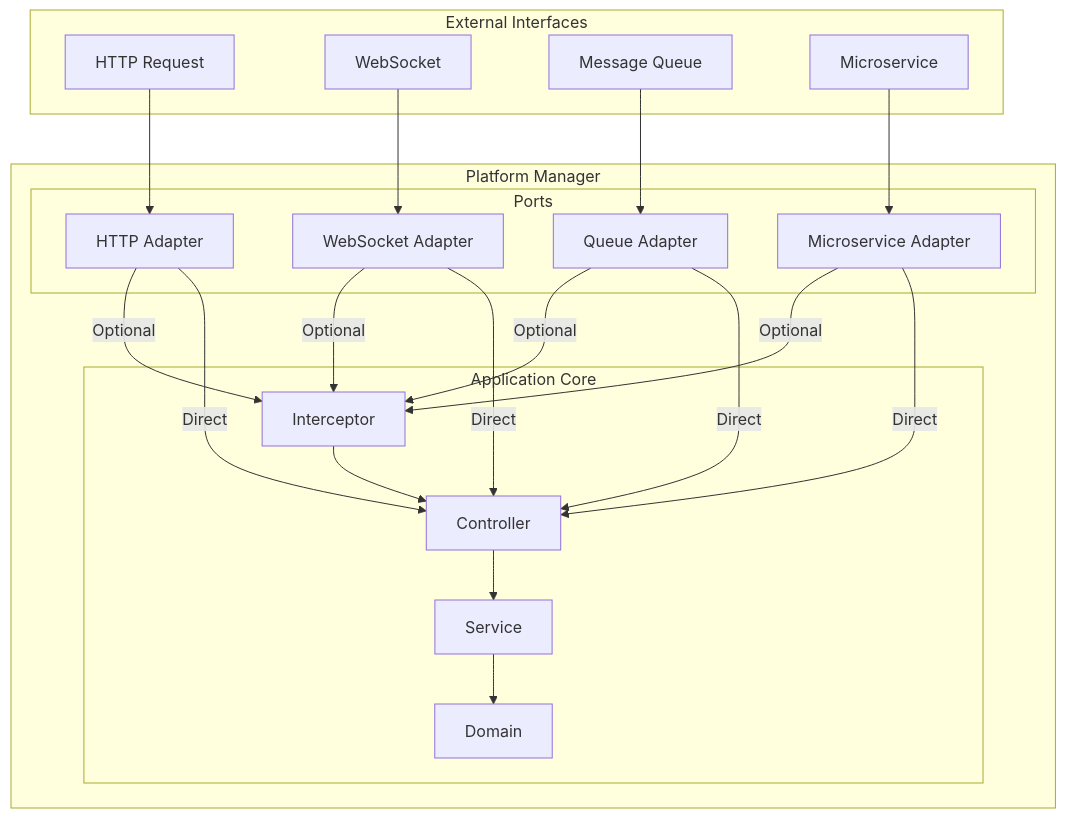
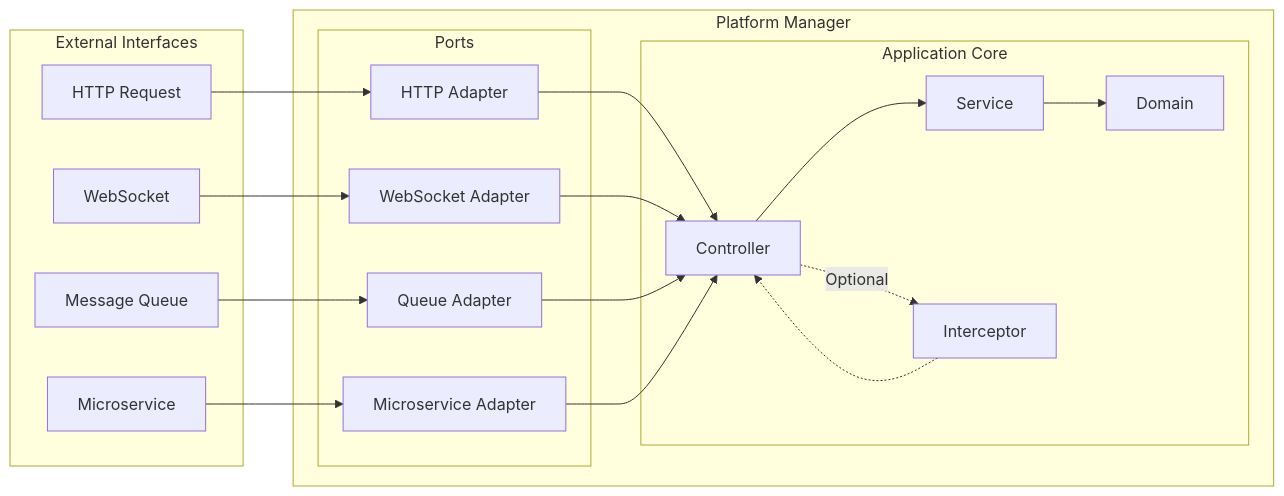
The diagram in README.md (albasyir/hexagonal-platform-manager), drawn with Mermaid before and after one commit.

Commit message:
refactor: modify architecture diagram in README to switch to left-right layout and streamline adapter connections

````diff
--- a/README.md
+++ b/README.md
@@ -15,50 +15,45 @@
 ```mermaid
-graph TD
+graph LR
     subgraph "External Interfaces"
         HTTP[HTTP Request]
         WS[WebSocket]
         MQ[Message Queue]
         MS[Microservice]
     end
 
     subgraph "Platform Manager"
         subgraph "Ports"
             HTTPAdapter[HTTP Adapter]
             WSAdapter[WebSocket Adapter]
             MQAdapter[Queue Adapter]
             MSAdapter[Microservice Adapter]
         end
 
         subgraph "Application Core"
-            Interceptor[Interceptor]
             Controller[Controller]
             Service[Service]
             Domain[Domain]
+            Interceptor[Interceptor]
         end
     end
 
     %% External to Adapters
     HTTP --> HTTPAdapter
     WS --> WSAdapter
     MQ --> MQAdapter
     MS --> MSAdapter
 
-    %% Adapters to Core (with optional interceptor)
-    HTTPAdapter -->|Optional| Interceptor
-    WSAdapter -->|Optional| Interceptor
-    MQAdapter -->|Optional| Interceptor
-    MSAdapter -->|Optional| Interceptor
+    %% Adapters to Core
+    HTTPAdapter --> Controller
+    WSAdapter --> Controller
+    MQAdapter --> Controller
+    MSAdapter --> Controller
 
-    %% Direct path to Controller
-    HTTPAdapter -->|Direct| Controller
-    WSAdapter -->|Direct| Controller
-    MQAdapter -->|Direct| Controller
-    MSAdapter -->|Direct| Controller
-
-    %% Interceptor to Controller
-    Interceptor --> Controller
+    %% Optional Interceptor
+    Controller -.->|Optional| Interceptor
+    Interceptor -.-> Controller
 
     %% Core flow
     Controller --> Service
     Service --> Domain
 ```
````
